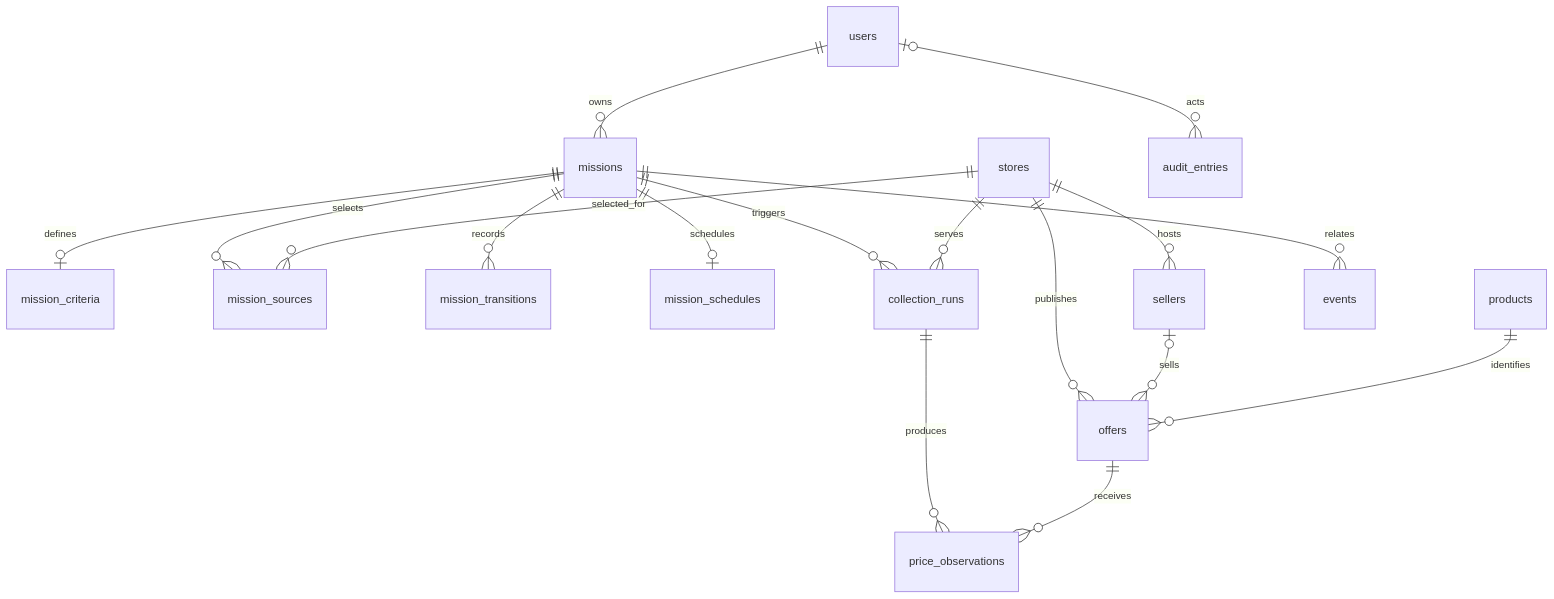
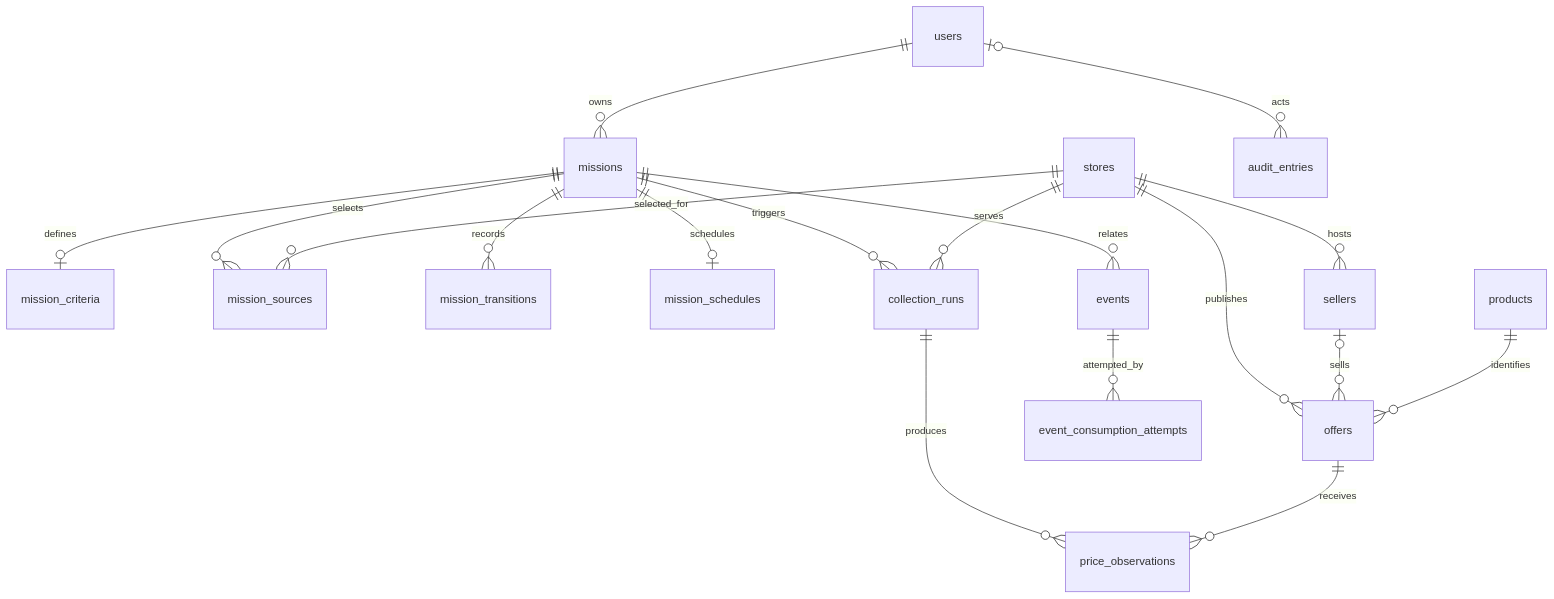
One commit to jhonnatancesar/AIShoppingAgent changed the diagram in docs/DATABASE.md. Above: the diagram before and after it, drawn with Mermaid. The commit also changed other lines of this file and 19 other files, not shown here.

Commit message:
feat(events): implement durable event consumption

````diff
--- a/docs/DATABASE.md
+++ b/docs/DATABASE.md
@@ -18,19 +18,20 @@
 ```mermaid
 erDiagram
     users ||--o{ missions : owns
     missions ||--o| mission_criteria : defines
     missions ||--o{ mission_sources : selects
     stores ||--o{ mission_sources : selected_for
     missions ||--o{ mission_transitions : records
     missions ||--o| mission_schedules : schedules
     missions ||--o{ collection_runs : triggers
     stores ||--o{ offers : publishes
     stores ||--o{ sellers : hosts
     sellers o|--o{ offers : sells
     products ||--o{ offers : identifies
     collection_runs ||--o{ price_observations : produces
     offers ||--o{ price_observations : receives
     missions ||--o{ events : relates
+    events ||--o{ event_consumption_attempts : attempted_by
     stores ||--o{ collection_runs : serves
     users o|--o{ audit_entries : acts
 ```
````
